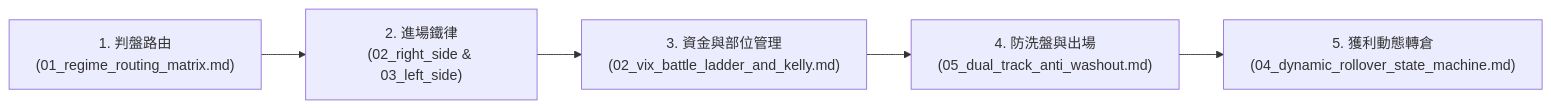
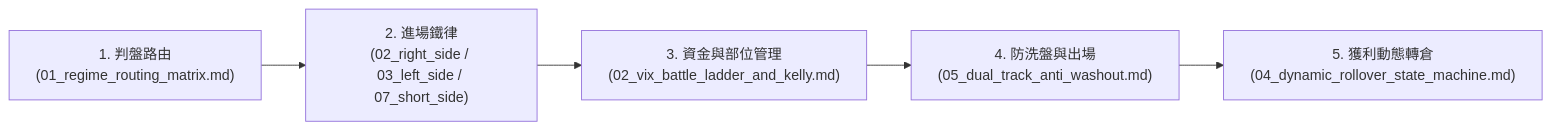
The second of 4 diagrams in docs/README.md (cosmo-chang-1701/nexus-seeker), drawn with Mermaid before and after one commit. The commit also changed other lines of this file and 59 other files, not shown here.

````diff
--- a/docs/README.md
+++ b/docs/README.md
@@ -201,7 +205,7 @@
 ```mermaid
 graph LR
-    P1_1["1. 判盤路由<br/>(01_regime_routing_matrix.md)"] --> P1_2["2. 進場鐵律<br/>(02_right_side & 03_left_side)"]
+    P1_1["1. 判盤路由<br/>(01_regime_routing_matrix.md)"] --> P1_2["2. 進場鐵律<br/>(02_right_side / 03_left_side / 07_short_side)"]
     P1_2 --> P1_3["3. 資金與部位管理<br/>(02_vix_battle_ladder_and_kelly.md)"]
     P1_3 --> P1_4["4. 防洗盤與出場<br/>(05_dual_track_anti_washout.md)"]
     P1_4 --> P1_5["5. 獲利動態轉倉<br/>(04_dynamic_rollover_state_machine.md)"]
 ```
````
